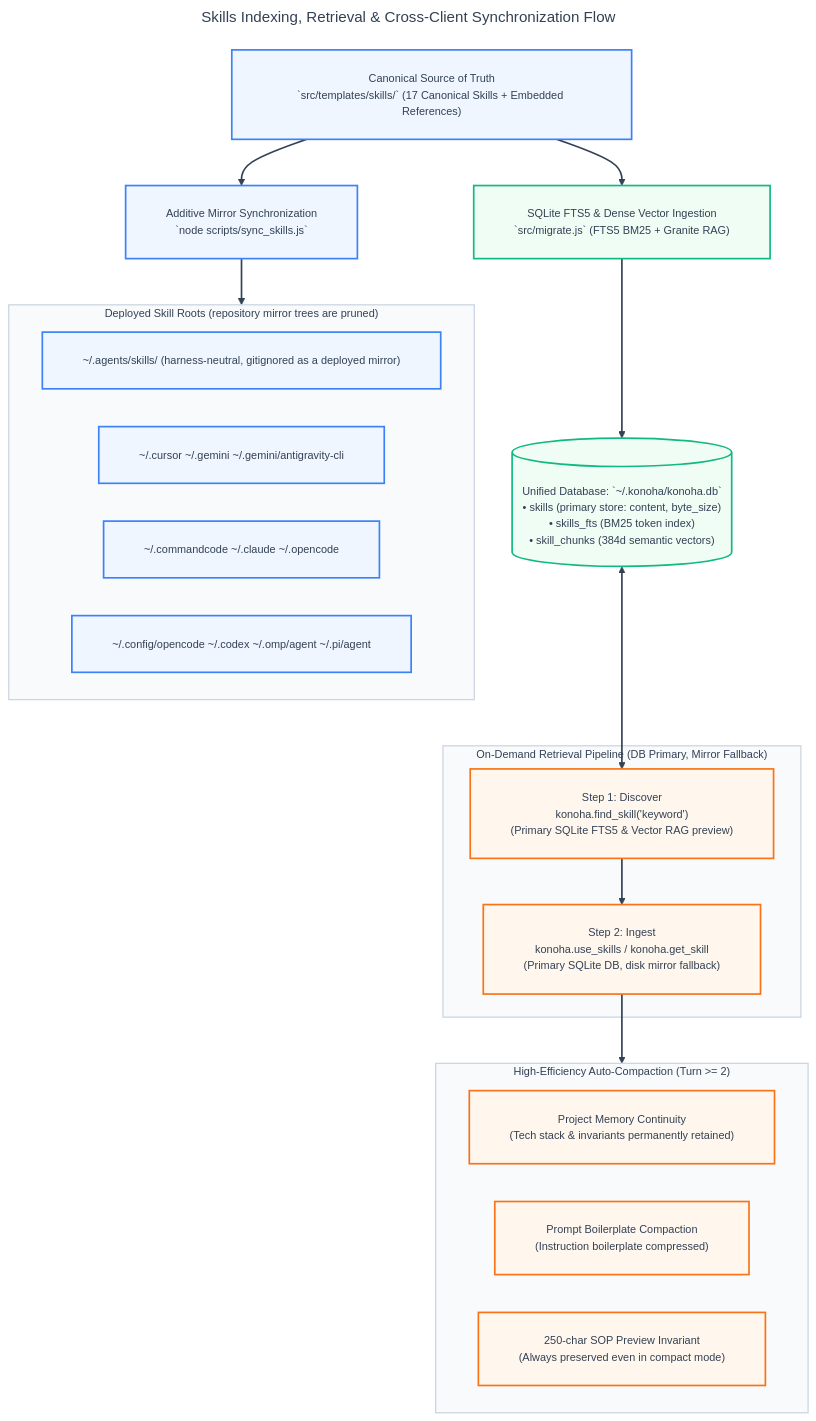
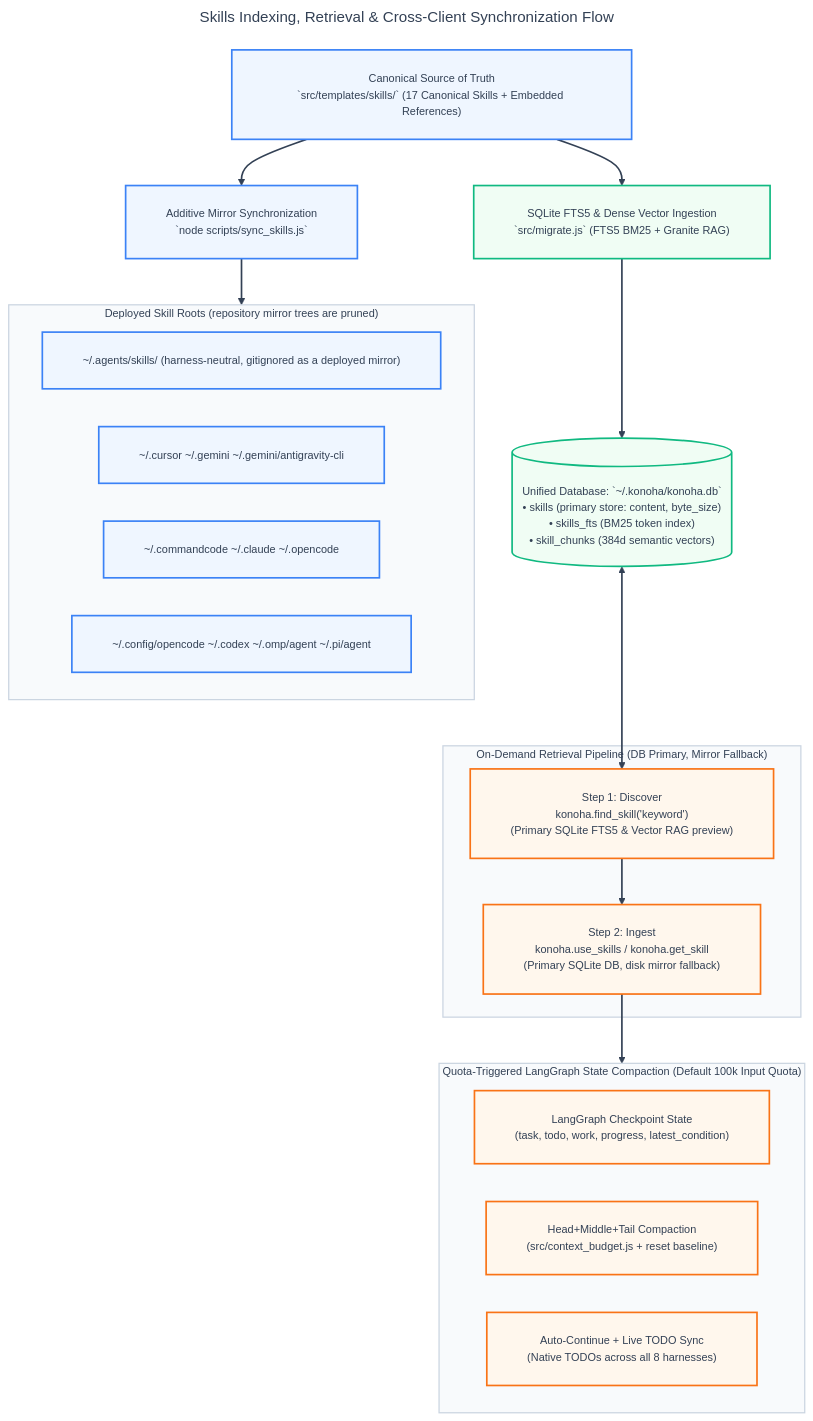
The eighth of 19 diagrams in docs/ALL-WORKFLOW-DIAGRAMS.md (andycungkrinx91/konoha), drawn with Mermaid before and after one commit. The commit also changed 194 other files, not shown here.

Commit message:
feat(workflow,compaction,security): enforce 100k LangGraph state compaction, 8k turn-0 advisor, 1800s shard timeouts, and security hardening

````diff
--- a/docs/ALL-WORKFLOW-DIAGRAMS.md
+++ b/docs/ALL-WORKFLOW-DIAGRAMS.md
@@ -495,70 +495,70 @@
 ```mermaid
 ---
 title: Skills Indexing, Retrieval & Cross-Client Synchronization Flow
 config:
   theme: base
   themeVariables:
     darkMode: false
     background: '#ffffff'
     mainBkg: '#eff6ff'
     primaryColor: '#eff6ff'
     primaryTextColor: '#334155'
     primaryBorderColor: '#3b82f6'
     lineColor: '#334155'
     arrowheadColor: '#334155'
     secondaryColor: '#f8fafc'
     tertiaryColor: '#f0fdf4'
     fontFamily: 'Inter, system-ui, -apple-system, sans-serif'
     fontSize: '13px'
   flowchart:
     nodeSpacing: 45
     rankSpacing: 55
     padding: 24
     wrappingWidth: 380
 ---
 flowchart TB
     SourceTree["Canonical Source of Truth<br/>`src/templates/skills/` (17 Canonical Skills + Embedded References)"] --> SyncScript["Additive Mirror Synchronization<br/>`node scripts/sync_skills.js`"]
 
     subgraph MirrorTrees ["Deployed Skill Roots (repository mirror trees are pruned)"]
         M1["~/.agents/skills/ (harness-neutral, gitignored as a deployed mirror)"]
         M2["~/.cursor  ~/.gemini  ~/.gemini/antigravity-cli"]
         M3["~/.commandcode  ~/.claude  ~/.opencode"]
         M4["~/.config/opencode  ~/.codex  ~/.omp/agent  ~/.pi/agent"]
     end
 
     SyncScript --> MirrorTrees
 
     SourceTree --> FTS5Migrate["SQLite FTS5 & Dense Vector Ingestion<br/>`src/migrate.js` (FTS5 BM25 + Granite RAG)"]
     FTS5Migrate --> SQLiteDB[("Unified Database: `~/.konoha/konoha.db`<br/>• skills (primary store: content, byte_size)<br/>• skills_fts (BM25 token index)<br/>• skill_chunks (384d semantic vectors)")]
 
     subgraph ClientQueries ["On-Demand Retrieval Pipeline (DB Primary, Mirror Fallback)"]
         Find["Step 1: Discover<br/>konoha.find_skill('keyword')<br/>(Primary SQLite FTS5 &amp; Vector RAG preview)"]
         Load["Step 2: Ingest<br/>konoha.use_skills / konoha.get_skill<br/>(Primary SQLite DB, disk mirror fallback)"]
     end
 
     SQLiteDB <--> Find
     Find --> Load
 
-    subgraph AutoCompaction ["High-Efficiency Auto-Compaction (Turn >= 2)"]
-        AC1["Project Memory Continuity<br/>(Tech stack &amp; invariants permanently retained)"]
-        AC2["Prompt Boilerplate Compaction<br/>(Instruction boilerplate compressed)"]
-        AC3["250-char SOP Preview Invariant<br/>(Always preserved even in compact mode)"]
+    subgraph AutoCompaction ["Quota-Triggered LangGraph State Compaction (Default 100k Input Quota)"]
+        AC1["LangGraph Checkpoint State<br/>(task, todo, work, progress, latest_condition)"]
+        AC2["Head+Middle+Tail Compaction<br/>(src/context_budget.js + reset baseline)"]
+        AC3["Auto-Continue + Live TODO Sync<br/>(Native TODOs across all 8 harnesses)"]
     end
 
     Load --> AutoCompaction
 
     linkStyle default stroke:#334155,stroke-width:2px;
     style MirrorTrees fill:#f8fafc,stroke:#cbd5e1,stroke-width:1.5px,color:#334155;
     style ClientQueries fill:#f8fafc,stroke:#cbd5e1,stroke-width:1.5px,color:#334155;
     style AutoCompaction fill:#f8fafc,stroke:#cbd5e1,stroke-width:1.5px,color:#334155;
 
     classDef sourceNode fill:#eff6ff,stroke:#3b82f6,color:#334155,stroke-width:2px;
     classDef mirrorNode fill:#eff6ff,stroke:#3b82f6,color:#334155,stroke-width:2px;
     classDef dbNode fill:#f0fdf4,stroke:#10b981,color:#334155,stroke-width:2px;
     classDef queryNode fill:#fff7ed,stroke:#f97316,color:#334155,stroke-width:2px;
 
     class SourceTree,SyncScript sourceNode;
     class M1,M2,M3,M4 mirrorNode;
     class FTS5Migrate,SQLiteDB dbNode;
     class Find,Load,AC1,AC2,AC3 queryNode;
 ```
````
